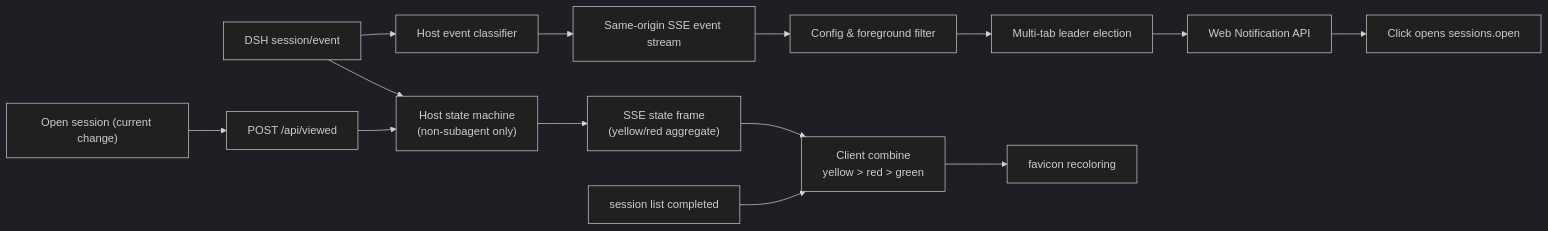
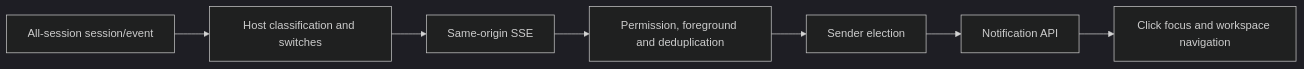
One commit to Ycet/dsh-notifications changed the diagram in README_en.md. Above: the diagram before and after it, drawn with Mermaid (dark theme). The commit also changed other lines of this file and 23 other files, not shown here.

````diff
--- a/README_en.md
+++ b/README_en.md
@@ -154,16 +85,9 @@
 ```mermaid
 flowchart LR
-    E["DSH session/event"] --> C["Host event classifier"]
-    C --> S["Same-origin SSE event stream"]
-    S --> F["Config & foreground filter"]
-    F --> L["Multi-tab leader election"]
-    L --> N["Web Notification API"]
-    N --> O["Click opens sessions.open"]
-    E --> T["Host state machine<br/>(non-subagent only)"]
-    T --> S2["SSE state frame<br/>(yellow/red aggregate)"]
-    S2 --> V["Client combine<br/>yellow > red > green"]
-    B["session list completed"] --> V
-    V --> I["favicon recoloring"]
-    U["Open session (current change)"] --> P["POST /api/viewed"]
-    P --> T
+    E["All-session session/event"] --> C["Host classification and switches"]
+    C --> S["Same-origin SSE"]
+    S --> F["Permission, foreground and deduplication"]
+    F --> L["Sender election"]
+    L --> N["Notification API"]
+    N --> O["Click focus and workspace navigation"]
 ```
````
